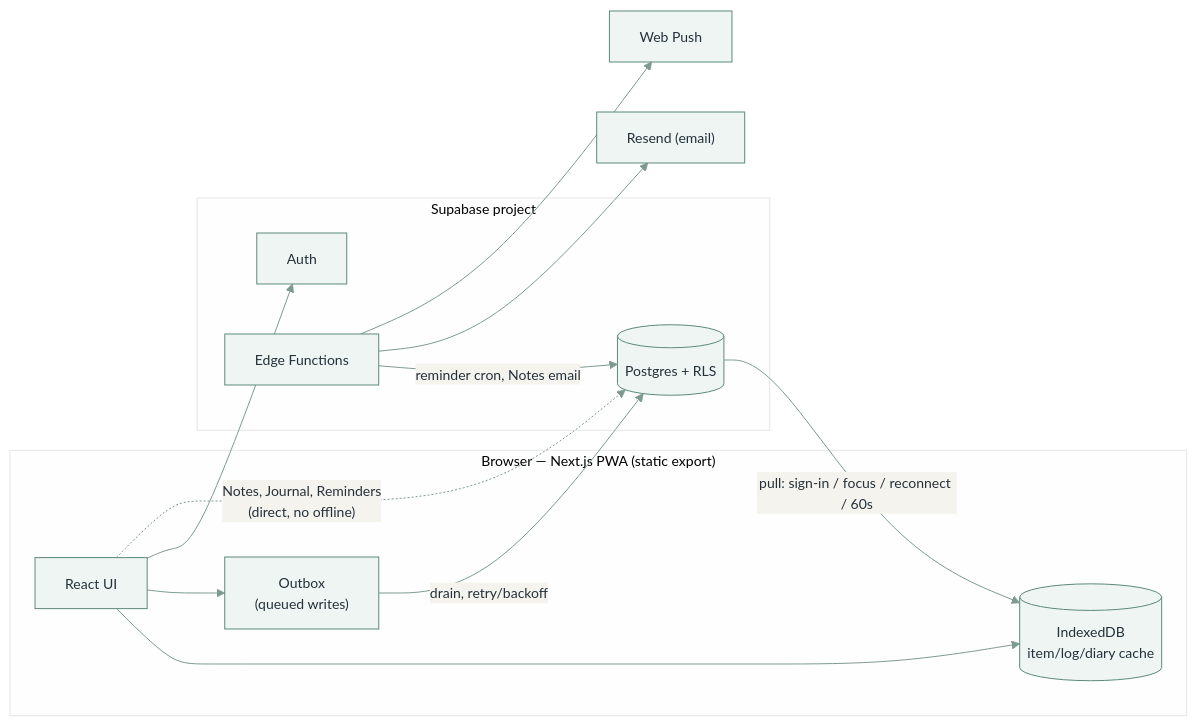
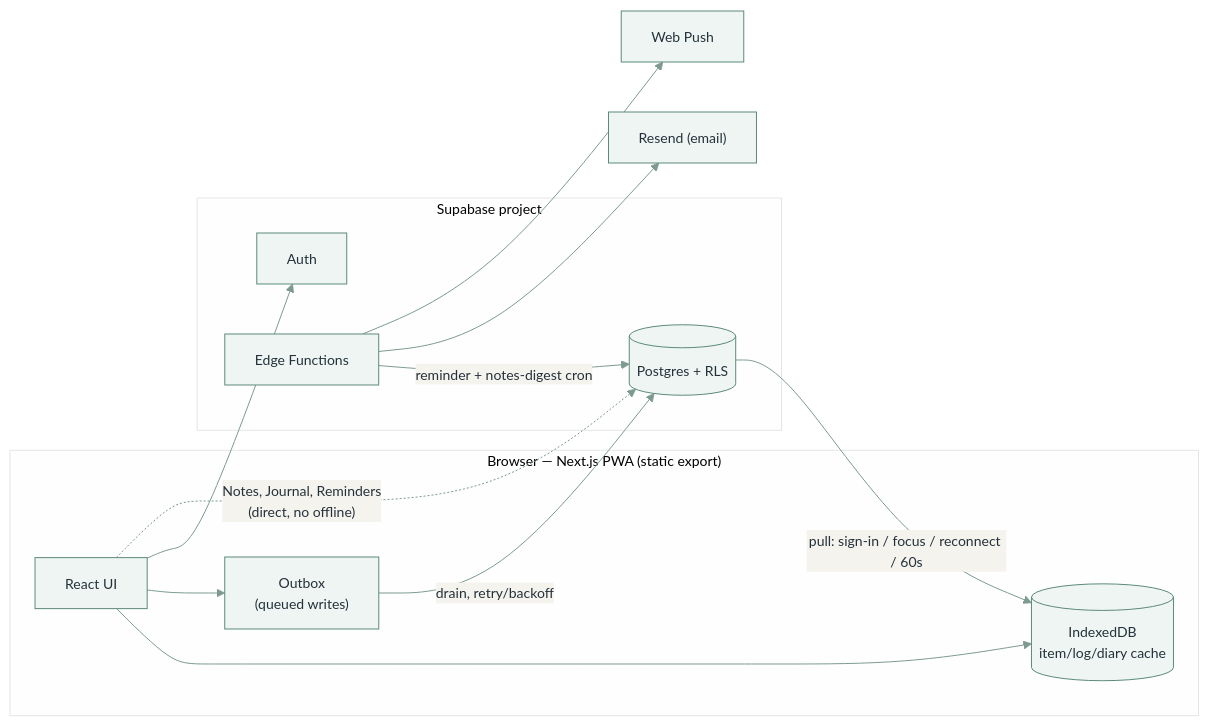
Before and after one commit to xxvazquez/health-management: the diagram in README.md, drawn with Mermaid. The commit also changed other lines of this file and 34 other files, not shown here.

First line of the commit message:
Analytics as one tabbed page; fold Personal into Log; daily notes digest

````diff
--- a/README.md
+++ b/README.md
@@ -72,27 +69,27 @@
 ```mermaid
 %%{init: {"theme": "base", "themeVariables": {
   "primaryColor": "#eef5f3", "primaryBorderColor": "#5c8a7a",
   "primaryTextColor": "#24313a", "lineColor": "#7d9a90",
   "fontFamily": "Inter, -apple-system, sans-serif", "fontSize": "14px"
 }}}%%
 flowchart LR
     subgraph browser["Browser — Next.js PWA (static export)"]
         ui["React UI"]
         idb[("IndexedDB<br/>item/log/diary cache")]
         outbox["Outbox<br/>(queued writes)"]
         ui --> idb
         ui --> outbox
     end
     subgraph supa["Supabase project"]
         pg[("Postgres + RLS")]
         auth["Auth"]
         ef["Edge Functions"]
     end
     outbox -->|"drain, retry/backoff"| pg
     pg -->|"pull: sign-in / focus / reconnect / 60s"| idb
     ui --> auth
     ui -.->|"Notes, Journal, Reminders<br/>(direct, no offline)"| pg
-    ef -->|"reminder cron, Notes email"| pg
+    ef -->|"reminder + notes-digest cron"| pg
     ef --> resend["Resend (email)"]
     ef --> push["Web Push"]
 ```
````
